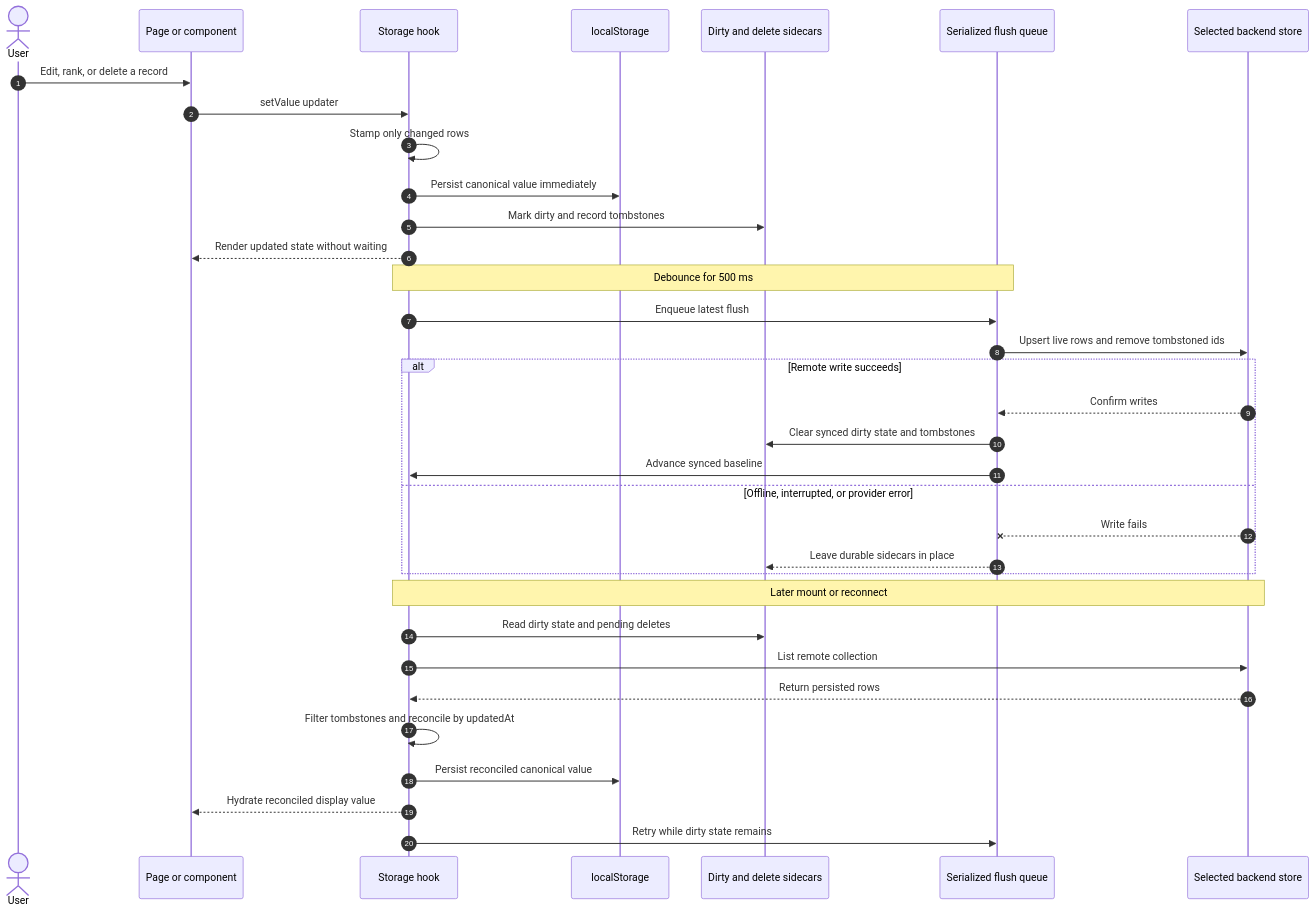
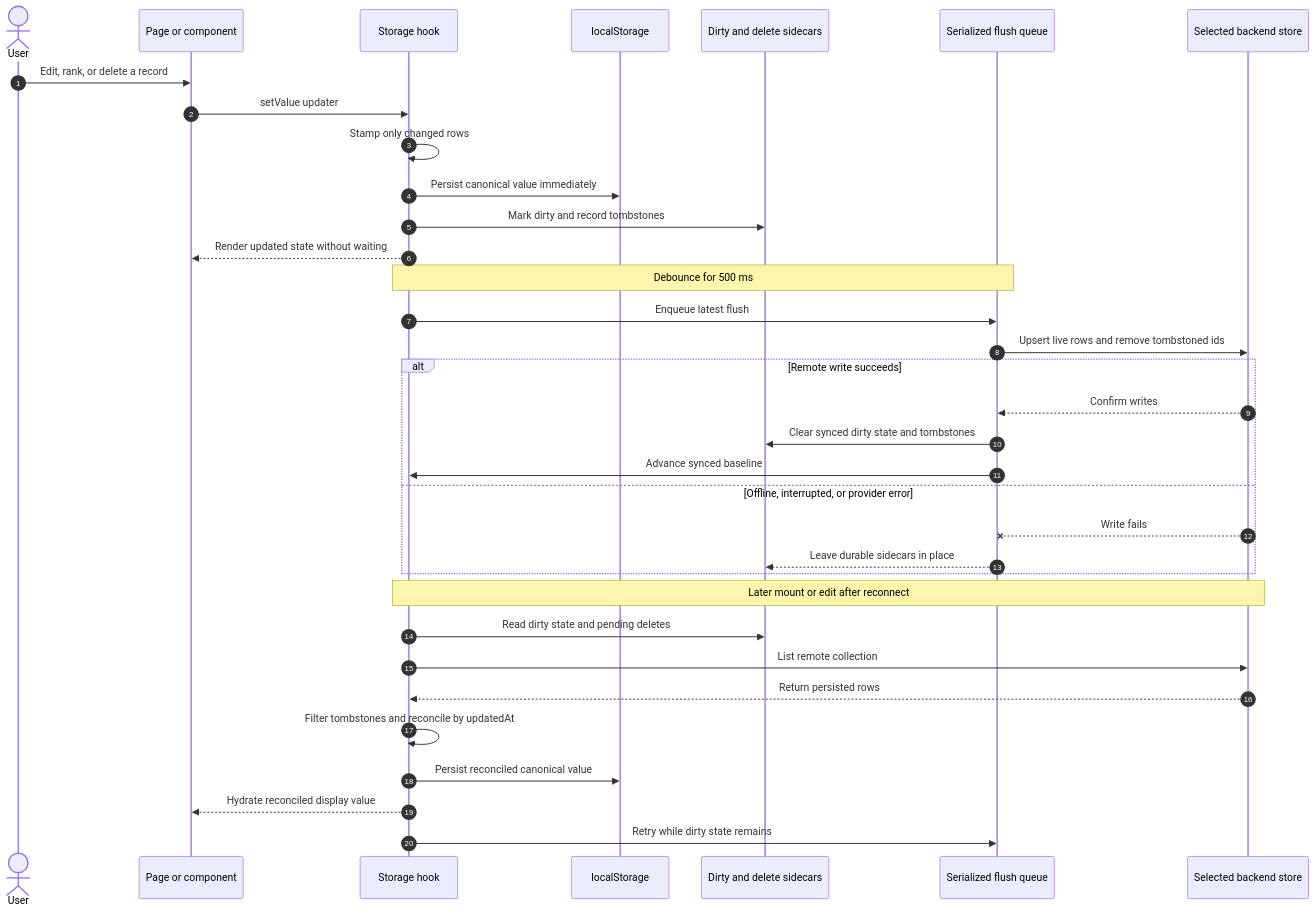
Before and after one commit to Pritesh1980/sable: the fourth of 8 diagrams in docs/ARCHITECTURE.md, drawn with Mermaid. The commit also changed other lines of this file and 1 other file, not shown here.

Commit message:
docs(architecture): align diagram guidance

````diff
--- a/docs/ARCHITECTURE.md
+++ b/docs/ARCHITECTURE.md
@@ -187,40 +189,40 @@
 ```mermaid
 sequenceDiagram
   autonumber
   actor User
   participant UI as Page or component
   participant Hook as Storage hook
   participant Cache as localStorage
   participant Sidecar as Dirty and delete sidecars
   participant Queue as Serialized flush queue
   participant Remote as Selected backend store
 
   User->>UI: Edit, rank, or delete a record
   UI->>Hook: setValue updater
   Hook->>Hook: Stamp only changed rows
   Hook->>Cache: Persist canonical value immediately
   Hook->>Sidecar: Mark dirty and record tombstones
   Hook-->>UI: Render updated state without waiting
 
   Note over Hook,Queue: Debounce for 500 ms
   Hook->>Queue: Enqueue latest flush
   Queue->>Remote: Upsert live rows and remove tombstoned ids
 
   alt Remote write succeeds
     Remote-->>Queue: Confirm writes
     Queue->>Sidecar: Clear synced dirty state and tombstones
     Queue->>Hook: Advance synced baseline
   else Offline, interrupted, or provider error
     Remote--xQueue: Write fails
     Queue-->>Sidecar: Leave durable sidecars in place
   end
 
-  Note over Hook,Remote: Later mount or reconnect
+  Note over Hook,Remote: Later mount or edit after reconnect
   Hook->>Sidecar: Read dirty state and pending deletes
   Hook->>Remote: List remote collection
   Remote-->>Hook: Return persisted rows
   Hook->>Hook: Filter tombstones and reconcile by updatedAt
   Hook->>Cache: Persist reconciled canonical value
   Hook-->>UI: Hydrate reconciled display value
   Hook->>Queue: Retry while dirty state remains
 ```
````
